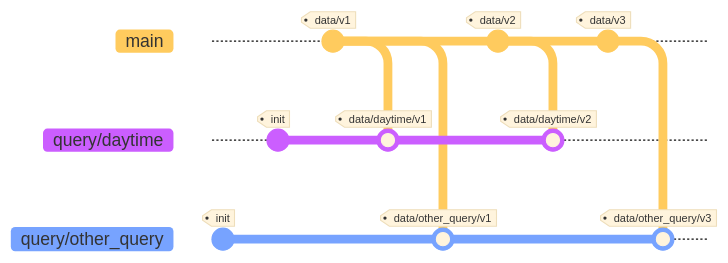
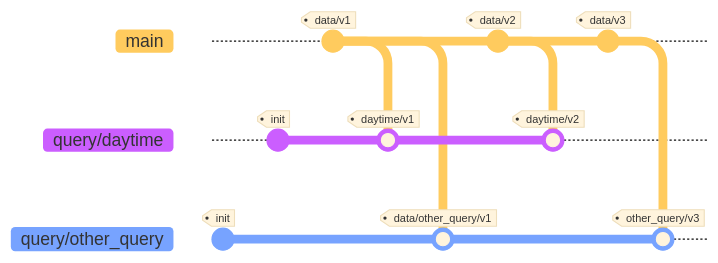
One commit to Besi-Switzerland-AG/qdvc changed the diagram in README.md. Above: the diagram before and after it, drawn with Mermaid. The commit also changed other lines of this file, not shown here. Commit ids are hidden.

````diff
--- a/README.md
+++ b/README.md
@@ -59,23 +59,23 @@
 ```mermaid
 %%{init: { 'logLevel': 'debug', 'theme': 'base', 'gitGraph': {'showCommitLabel': false}} }%%
     gitGraph
        branch query/daytime
        branch query/other_query
        commit tag: "init"
        checkout query/daytime
        commit tag: "init"
        checkout main
        commit tag: "data/v1"
        checkout query/daytime
-       merge main tag: "data/daytime/v1"
+       merge main tag: "daytime/v1"
        checkout query/other_query
        merge main tag: "data/other_query/v1"
        checkout main
        commit tag: "data/v2"
        checkout query/daytime
-       merge main tag: "data/daytime/v2"
+       merge main tag: "daytime/v2"
        checkout main
        commit tag: "data/v3"
        checkout query/other_query
-       merge main tag: "data/other_query/v3"
+       merge main tag: "other_query/v3"
 ```
````
